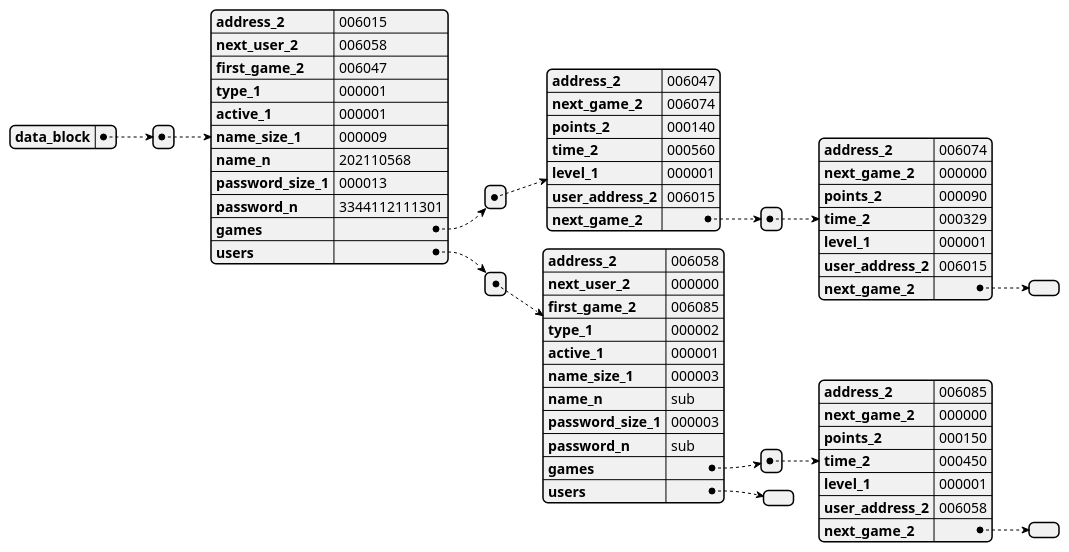
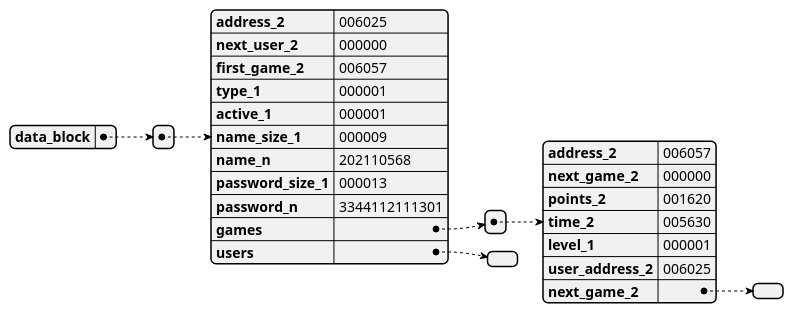
Before and after one commit to damianpeaf/ACE1_Proyecto2: the diagram in src/MEMORY_R.MD, drawn with PlantUML. The commit also changed 9 other files, not shown here.

````diff
--- a/src/MEMORY_R.MD
+++ b/src/MEMORY_R.MD
@@ -1,70 +1,34 @@
 ```plantuml
 @startjson
 {
 "data_block": [
 {
-"address_2": "006015",
-"next_user_2": "006058",
-"first_game_2": "006047",
+"address_2": "006025",
+"next_user_2": "000000",
+"first_game_2": "006057",
 "type_1": "000001",
 "active_1": "000001",
 "name_size_1": "000009",
 "name_n": "202110568",
 "password_size_1": "000013",
 "password_n": "3344112111301",
 "games": [
 {
-"address_2": "006047",
-"next_game_2": "006074",
-"points_2": "000140",
-"time_2": "000560",
+"address_2": "006057",
+"next_game_2": "000000",
+"points_2": "001620",
+"time_2": "005630",
 "level_1": "000001",
-"user_address_2": "006015",
-"next_game_2": [
-{
-"address_2": "006074",
-"next_game_2": "000000",
-"points_2": "000090",
-"time_2": "000329",
-"level_1": "000001",
-"user_address_2": "006015",
-"next_game_2": [
-]
-}
-]
-}
-]
-,
-"users": [
-{
-"address_2": "006058",
-"next_user_2": "000000",
-"first_game_2": "006085",
-"type_1": "000002",
-"active_1": "000001",
-"name_size_1": "000003",
-"name_n": "sub",
-"password_size_1": "000003",
-"password_n": "sub",
-"games": [
-{
-"address_2": "006085",
-"next_game_2": "000000",
-"points_2": "000150",
-"time_2": "000450",
-"level_1": "000001",
-"user_address_2": "006058",
+"user_address_2": "006025",
 "next_game_2": [
 ]
 }
 ]
 ,
 "users": [
 ]
 }
 ]
 }
-]
-}
 @endjson
 ```
````
